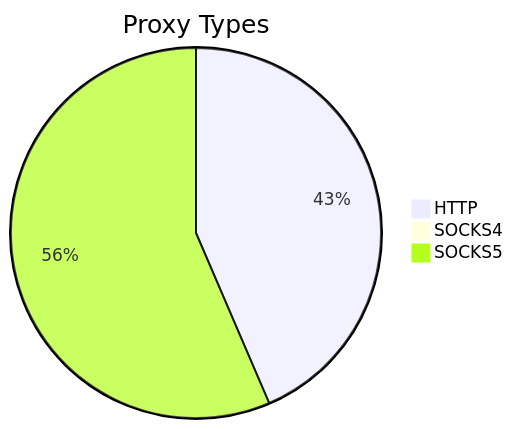
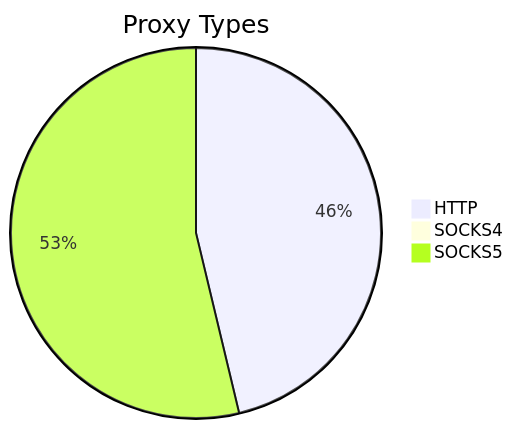
Before and after one commit to stormsia/proxy-list: the first of 2 diagrams in README.md, drawn with Mermaid. The commit also changed other lines of this file, not shown here.

````diff
--- a/README.md
+++ b/README.md
@@ -21,6 +21,6 @@
 ```mermaid
 pie title Proxy Types
-    "HTTP" : 1121
-    "SOCKS4" : 14
-    "SOCKS5" : 1454
+    "HTTP" : 1439
+    "SOCKS4" : 19
+    "SOCKS5" : 1672
 ```
````
